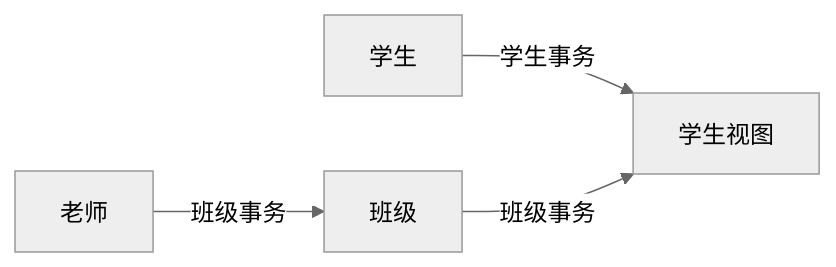
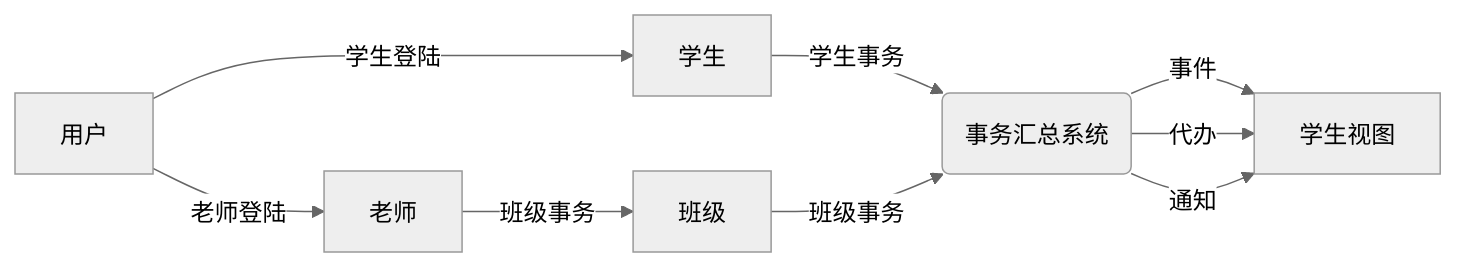
One commit to Group-Lynx/grid changed the diagram in doc/need-anal/func-lv1.mmd. Above: the diagram before and after it, drawn with Mermaid (neutral theme). The commit also changed other lines of this file and 2 other files, not shown here.

Commit message:
更新: 数据流图

```diff
--- a/doc/need-anal/func-lv1.mmd
+++ b/doc/need-anal/func-lv1.mmd
@@ -1,9 +1,15 @@
 flowchart LR
-    student["学生"]
+    User["用户"]
+    Student["学生"]
+    Teacher["老师"]
     Class["班级"]
-    student_dest["学生视图"]
-    teacher["老师"]
-    
-    student -->|"学生事务"| student_dest
-    
-    teacher -->|"班级事务"| Class -->|"班级事务"| student_dest
+    StudentView["学生视图"]
+    EventCenter("事务汇总系统")
+
+    User -->|"学生登陆"| Student
+    User -->|"老师登陆"| Teacher
+    Student -->|"学生事务"| EventCenter 
+    Teacher -->|"班级事务"| Class -->|"班级事务"| EventCenter
+    EventCenter -->|"事件"| StudentView
+    EventCenter -->|"代办"| StudentView
+    EventCenter -->|"通知"| StudentView
```
